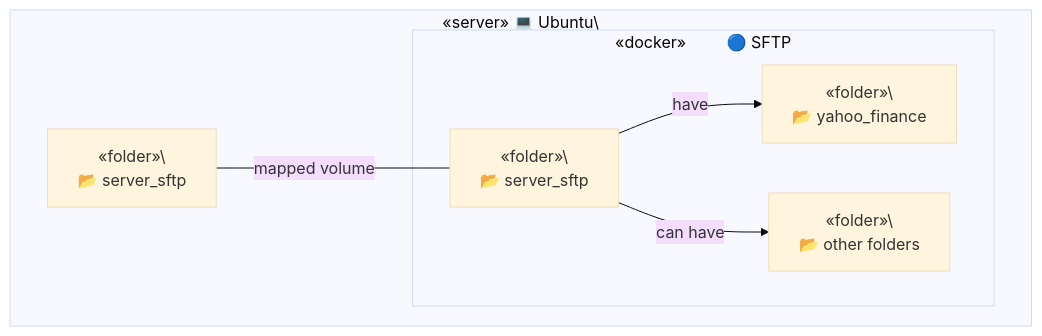
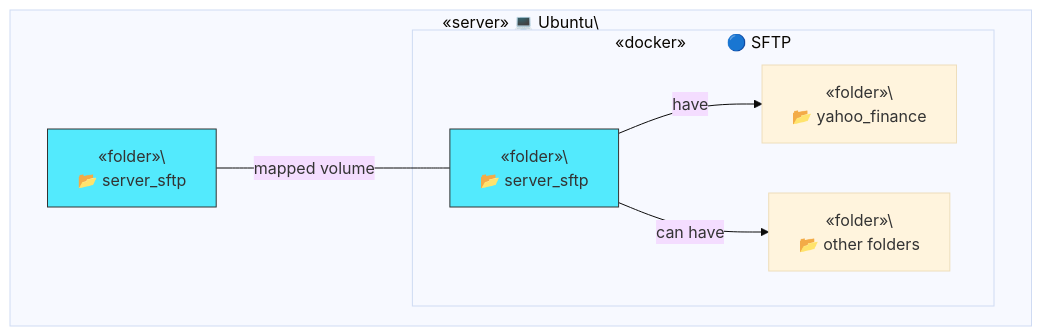
One commit to TrulyDigital/DATA_STREET changed the third of 4 diagrams in server_sftp/README.md. Above: the diagram before and after it, drawn with Mermaid (base theme).

Commit message:
update: server_sftp README.md

````diff
--- a/server_sftp/README.md
+++ b/server_sftp/README.md
@@ -30,16 +30,21 @@
 ```mermaid
 graph TD
     subgraph Container_A [«server» 💻 Ubuntu\<br/>]
         A1[«folder»\<br/> 📂 server_sftp]
+        A1:::note_a1
         subgraph Container_B [«docker»&nbsp;&nbsp;&nbsp;&nbsp;&nbsp;&nbsp;&nbsp;&nbsp;&nbsp;🔵 SFTP]
             B1[«folder»\<br/> 📂 server_sftp]
+            B1:::note_b1
             B2[«folder»\<br/> 📂 yahoo_finance]
             B3[«folder»\<br/> 📂 other folders]
         end
 
         A1 -- mapped volume --- B1
 
         B1 -- have --> B2
         B1 -- can have --> B3
+
+        classDef note_a1 fill:#53eafd,stroke:#333,stroke-width:1px;
+        classDef note_b1 fill:#53eafd,stroke:#333,stroke-width:1px;
     end
 ```
````
